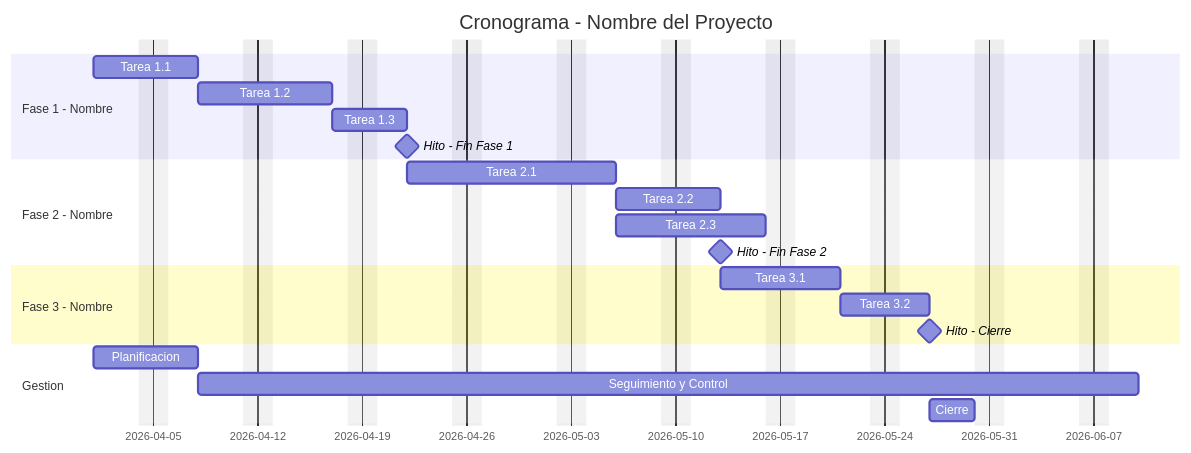
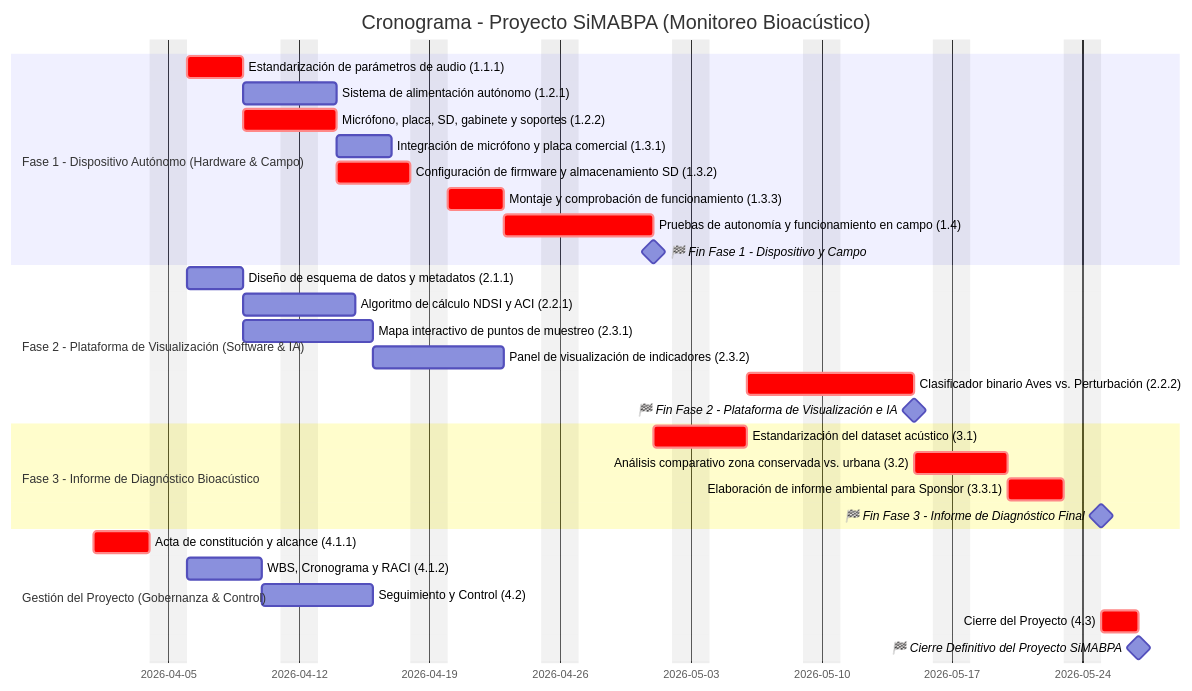
One commit to fatimalunazzz/GestionProyecto changed the diagram in cronograma.md. Above: the diagram before and after it, drawn with Mermaid. The commit also changed other lines of this file, not shown here.

````diff
--- a/cronograma.md
+++ b/cronograma.md
@@ -5,28 +5,37 @@
 ```mermaid
 gantt
-    title Cronograma - Nombre del Proyecto
+    title Cronograma - Proyecto SiMABPA (Monitoreo Bioacústico)
     dateFormat  YYYY-MM-DD
     excludes    weekends
 
-    section Fase 1 - Nombre
-    Tarea 1.1               :t11, 2026-04-01, 5d
-    Tarea 1.2               :t12, after t11, 7d
-    Tarea 1.3               :t13, after t12, 3d
-    Hito - Fin Fase 1       :milestone, m1, after t13, 0d
+    section Fase 1 - Dispositivo Autónomo (Hardware & Campo)
+    Estandarización de parámetros de audio (1.1.1)     :crit, t111, after t411, 3d
+    Sistema de alimentación autónomo (1.2.1)           :t121, after t111, 3d
+    Micrófono, placa, SD, gabinete y soportes (1.2.2)  :crit, t122, after t111, 3d
+    Integración de micrófono y placa comercial (1.3.1) :t131, after t121 t122, 3d
+    Configuración de firmware y almacenamiento SD (1.3.2) :crit, t132, after t122, 4d
+    Montaje y comprobación de funcionamiento (1.3.3)   :crit, t133, after t131 t132, 3d
+    Pruebas de autonomía y funcionamiento en campo (1.4):crit, t14, after t133, 6d
+    🏁 Fin Fase 1 - Dispositivo y Campo                :milestone, m1, after t14, 0d
 
-    section Fase 2 - Nombre
-    Tarea 2.1               :t21, after m1, 10d
-    Tarea 2.2               :t22, after t21, 5d
-    Tarea 2.3               :t23, after t21, 8d
-    Hito - Fin Fase 2       :milestone, m2, after t22, 0d
+    section Fase 2 - Plataforma de Visualización (Software & IA)
+    Diseño de esquema de datos y metadatos (2.1.1)     :t211, after t411, 3d
+    Algoritmo de cálculo NDSI y ACI (2.2.1)            :t221, after t111, 4d
+    Mapa interactivo de puntos de muestreo (2.3.1)     :t231, after t211, 5d
+    Panel de visualización de indicadores (2.3.2)      :t232, after t211 t221 t231, 5d
+    Clasificador binario Aves vs. Perturbación (2.2.2) :crit, t222, after t31, 7d
+    🏁 Fin Fase 2 - Plataforma de Visualización e IA   :milestone, m2, after t222 t232, 0d
 
-    section Fase 3 - Nombre
-    Tarea 3.1               :t31, after m2, 6d
-    Tarea 3.2               :t32, after t31, 4d
-    Hito - Cierre           :milestone, m3, after t32, 0d
+    section Fase 3 - Informe de Diagnóstico Bioacústico
+    Estandarización del dataset acústico (3.1)         :crit, t31, after t14, 3d
+    Análisis comparativo zona conservada vs. urbana (3.2):crit, t32, after t31 t222, 3d
+    Elaboración de informe ambiental para Sponsor (3.3.1):crit, t331, after t32, 3d
+    🏁 Fin Fase 3 - Informe de Diagnóstico Final       :milestone, m3, after t331, 0d
 
-    section Gestion
-    Planificacion           :g1, 2026-04-01, 5d
-    Seguimiento y Control   :g2, after g1, 45d
-    Cierre                  :g3, after t32, 3d
+    section Gestión del Proyecto (Gobernanza & Control)
+    Acta de constitución y alcance (4.1.1)             :crit, t411, 2026-04-01, 3d
+    WBS, Cronograma y RACI (4.1.2)                     :t412, after t411, 4d
+    Seguimiento y Control (4.2)                        :t42, after t412, 4d
+    Cierre del Proyecto (4.3)                          :crit, t43, after m1 m2 m3 t42, 2d
+    🏁 Cierre Definitivo del Proyecto SiMABPA          :milestone, m4, after t43, 0d
 ```
````
